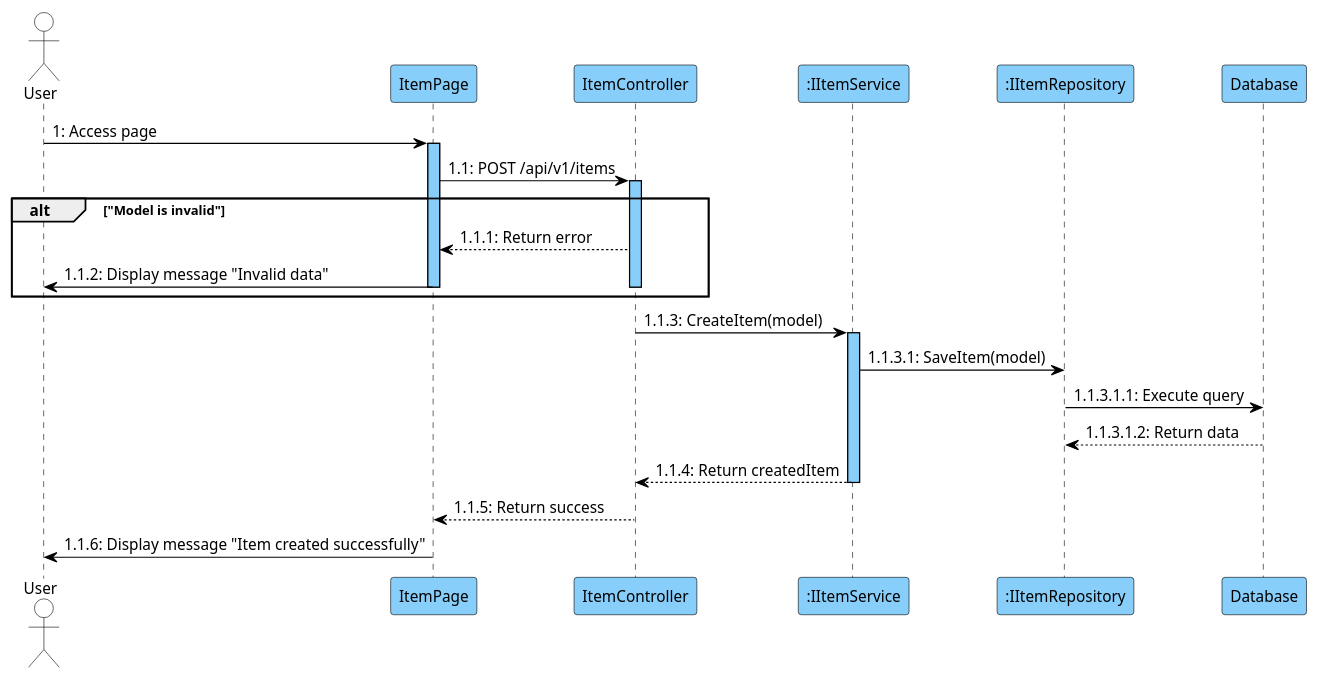
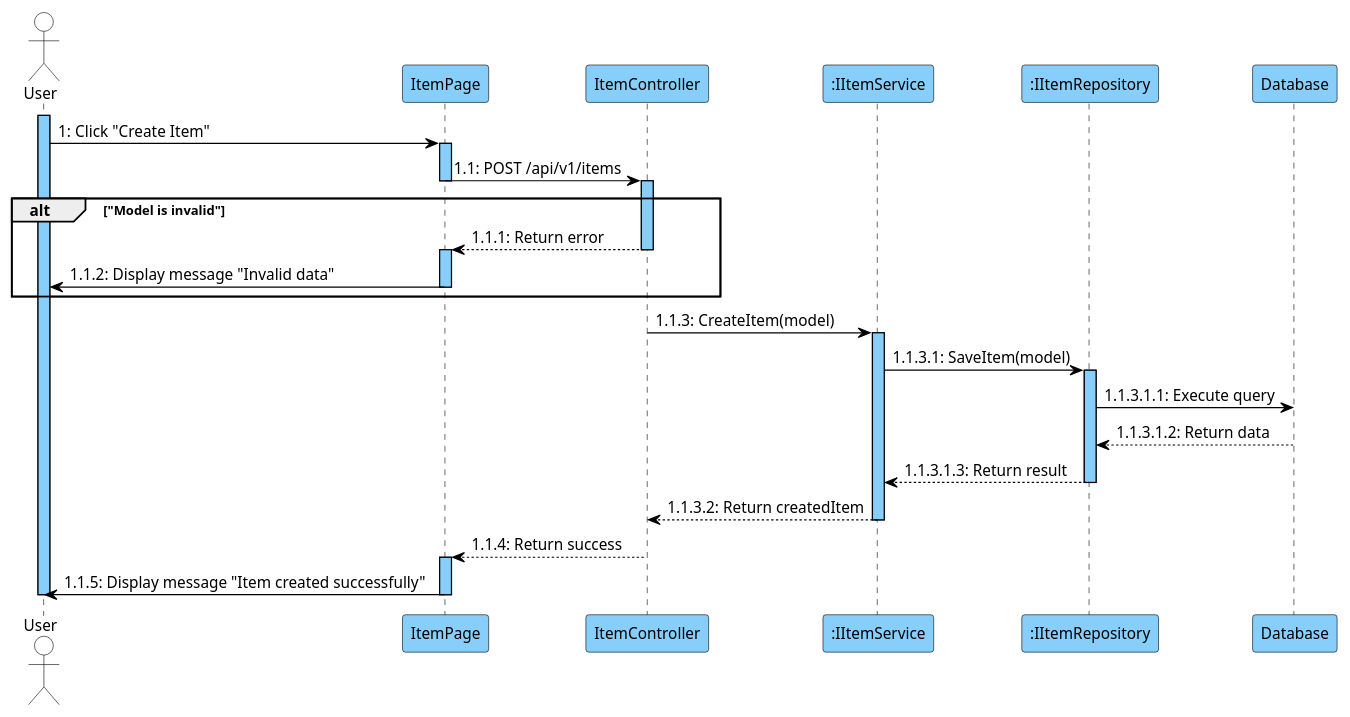
One commit to SOP-SmartOutfitPlanner/sop-api changed the ninth of 9 diagrams in .github/prompts/draw-sequence-diagram.prompt.md. Above: the diagram before and after it, drawn with PlantUML. The commit also changed other lines of this file and 2 other files, not shown here.

````diff
--- a/.github/prompts/draw-sequence-diagram.prompt.md
+++ b/.github/prompts/draw-sequence-diagram.prompt.md
@@ -153,55 +327,69 @@
 ```plantuml
 @startuml
 skinparam sequence {
     ParticipantBackgroundColor #87CEFA
     ParticipantBorderColor Black
     ActorBackgroundColor White
     ActorBorderColor Black
     ArrowColor Black
     LifeLineBorderColor Black
     LifeLineBackgroundColor #87CEFA
     ParticipantFontName Arial
     ParticipantFontSize 13
     ParticipantFontColor Black
     ActorFontName Arial
     ActorFontSize 13
 }
 
 ' Participants
 actor "User" as User
 participant "ItemPage" as Page
 participant "ItemController" as Controller
 participant ":IItemService" as Service
 participant ":IItemRepository" as Repo
 participant "Database" as DB
 
+' Activate User at the start
+activate User
+
 ' Example flow
-User -> Page: 1: Access page
+User -> Page: 1: Click "Create Item"
 activate Page
 
 Page -> Controller: 1.1: POST /api/v1/items
+deactivate Page
 activate Controller
 
 alt "Model is invalid"
     Controller --> Page: 1.1.1: Return error
+    deactivate Controller
+    activate Page
     Page -> User: 1.1.2: Display message "Invalid data"
-    deactivate Controller
     deactivate Page
 end
 
 ' Happy path continues here
 Controller -> Service: 1.1.3: CreateItem(model)
 activate Service
+
 Service -> Repo: 1.1.3.1: SaveItem(model)
+activate Repo
 Repo -> DB: 1.1.3.1.1: Execute query
 DB --> Repo: 1.1.3.1.2: Return data
-Service --> Controller: 1.1.4: Return createdItem
+Repo --> Service: 1.1.3.1.3: Return result
+deactivate Repo
+
+Service --> Controller: 1.1.3.2: Return createdItem
 deactivate Service
 
-Controller --> Page: 1.1.5: Return success
-Page -> User: 1.1.6: Display message "Item created successfully"
+Controller --> Page: 1.1.4: Return success
 deactivate Controller
+activate Page
+Page -> User: 1.1.5: Display message "Item created successfully"
 deactivate Page
+
+' Deactivate User at the end
+deactivate User
 
 @enduml
 ```
````
